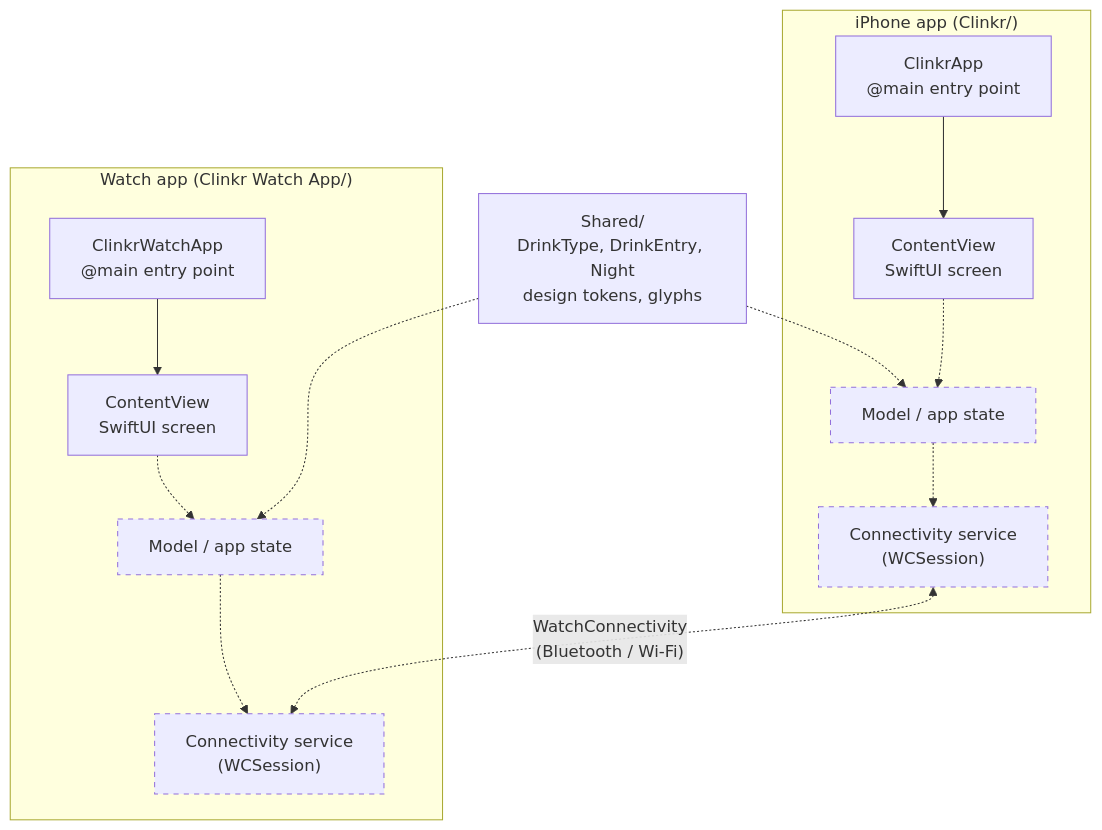
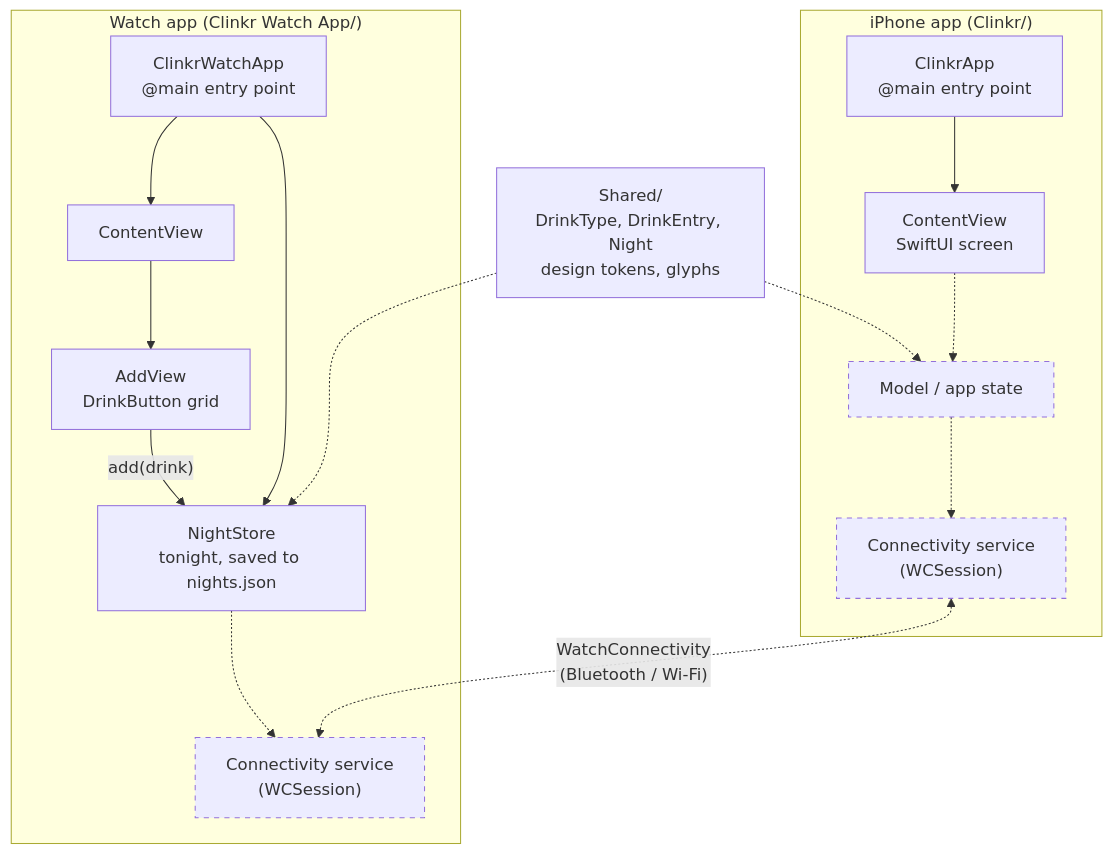
The second of 3 diagrams in docs/ARCHITECTURE.md (pablocolaiacovo/clink), drawn with Mermaid before and after one commit. The commit also changed other lines of this file and 9 other files, not shown here.

First line of the commit message:
Add the Watch Add screen with drink buttons (#63)

````diff
--- a/docs/ARCHITECTURE.md
+++ b/docs/ARCHITECTURE.md
@@ -34,26 +34,28 @@
 ```mermaid
 flowchart TB
     subgraph phone["iPhone app (Clinkr/)"]
         pApp["ClinkrApp<br/>@main entry point"] --> pView["ContentView<br/>SwiftUI screen"]
         pModel["Model / app state"]:::planned
         pSync["Connectivity service<br/>(WCSession)"]:::planned
         pView -.-> pModel
         pModel -.-> pSync
     end
 
     subgraph watch["Watch app (Clinkr Watch App/)"]
-        wApp["ClinkrWatchApp<br/>@main entry point"] --> wView["ContentView<br/>SwiftUI screen"]
-        wModel["Model / app state"]:::planned
+        wApp["ClinkrWatchApp<br/>@main entry point"] --> wView["ContentView"]
+        wView --> wAdd["AddView<br/>DrinkButton grid"]
+        wModel["NightStore<br/>tonight, saved to nights.json"]
         wSync["Connectivity service<br/>(WCSession)"]:::planned
-        wView -.-> wModel
+        wApp --> wModel
+        wAdd -- "add(drink)" --> wModel
         wModel -.-> wSync
     end
 
     shared["Shared/<br/>DrinkType, DrinkEntry, Night<br/>design tokens, glyphs"]
     shared -.-> pModel
     shared -.-> wModel
 
     pSync <-. "WatchConnectivity<br/>(Bluetooth / Wi-Fi)" .-> wSync
 
     classDef planned stroke-dasharray: 5 5
 ```
````
